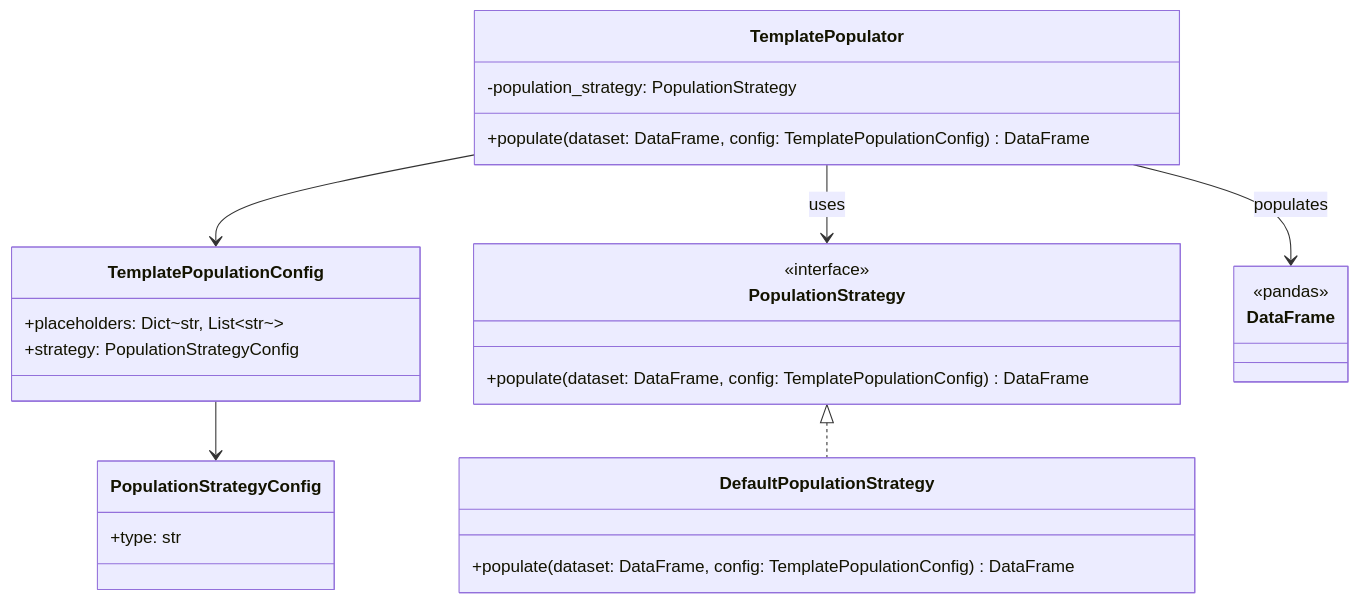
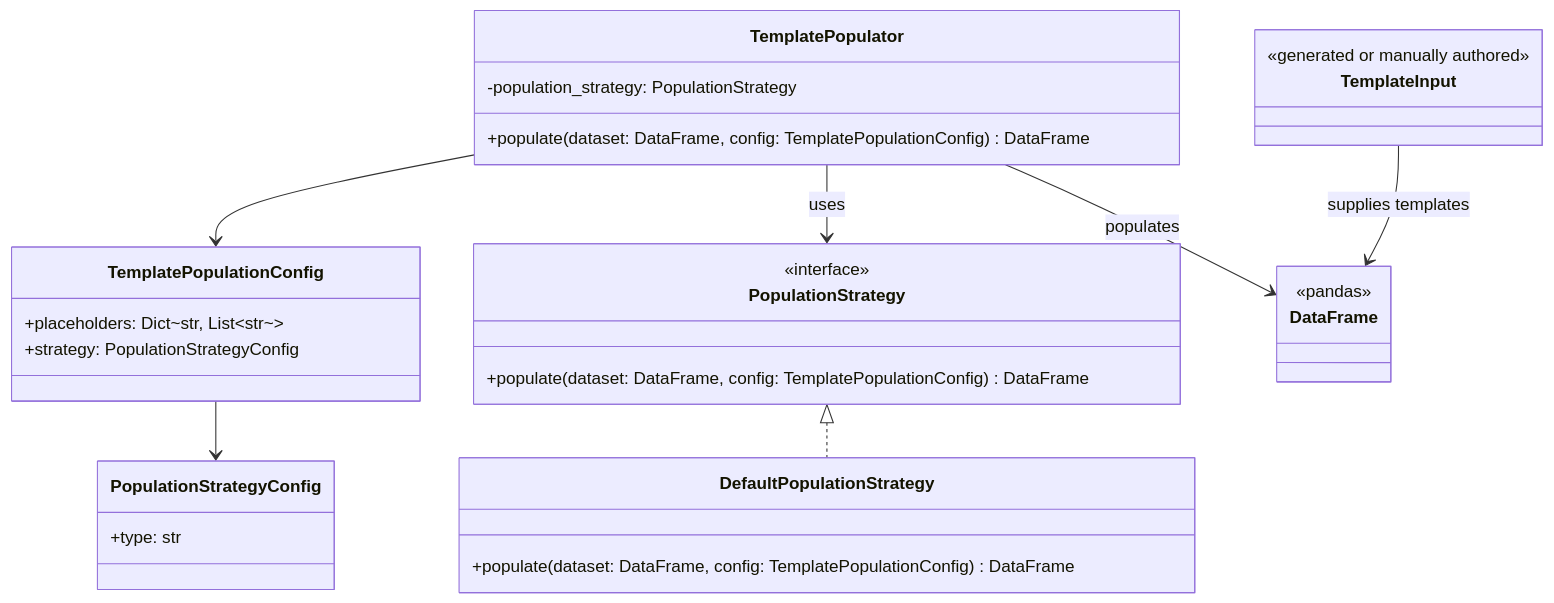
The diagram in docs/architecture/template_population.mmd (KirillUtyashev/LLM_AuditKit), drawn with Mermaid before and after one commit. The commit also changed 23 other files, not shown here.

```diff
--- a/docs/architecture/template_population.mmd
+++ b/docs/architecture/template_population.mmd
@@ -1,31 +1,35 @@
 ---
 config:
   theme: mc
 ---
 classDiagram
     class TemplatePopulationConfig {
         +placeholders: Dict~str, List~str~~
         +strategy: PopulationStrategyConfig
     }
     class PopulationStrategyConfig {
         +type: str
     }
     class PopulationStrategy {
         <<interface>>
         +populate(dataset: DataFrame, config: TemplatePopulationConfig) DataFrame
     }
     class DefaultPopulationStrategy {
         +populate(dataset: DataFrame, config: TemplatePopulationConfig) DataFrame
     }
     class TemplatePopulator {
         -population_strategy: PopulationStrategy
         +populate(dataset: DataFrame, config: TemplatePopulationConfig) DataFrame
     }
     class DataFrame {
         <<pandas>>
     }
+    class TemplateInput {
+        <<generated or manually authored>>
+    }
+    TemplateInput --> DataFrame : supplies templates
     TemplatePopulationConfig --> PopulationStrategyConfig
     TemplatePopulator --> TemplatePopulationConfig
     TemplatePopulator --> PopulationStrategy : uses
     PopulationStrategy <|.. DefaultPopulationStrategy
     TemplatePopulator --> DataFrame : populates
```
